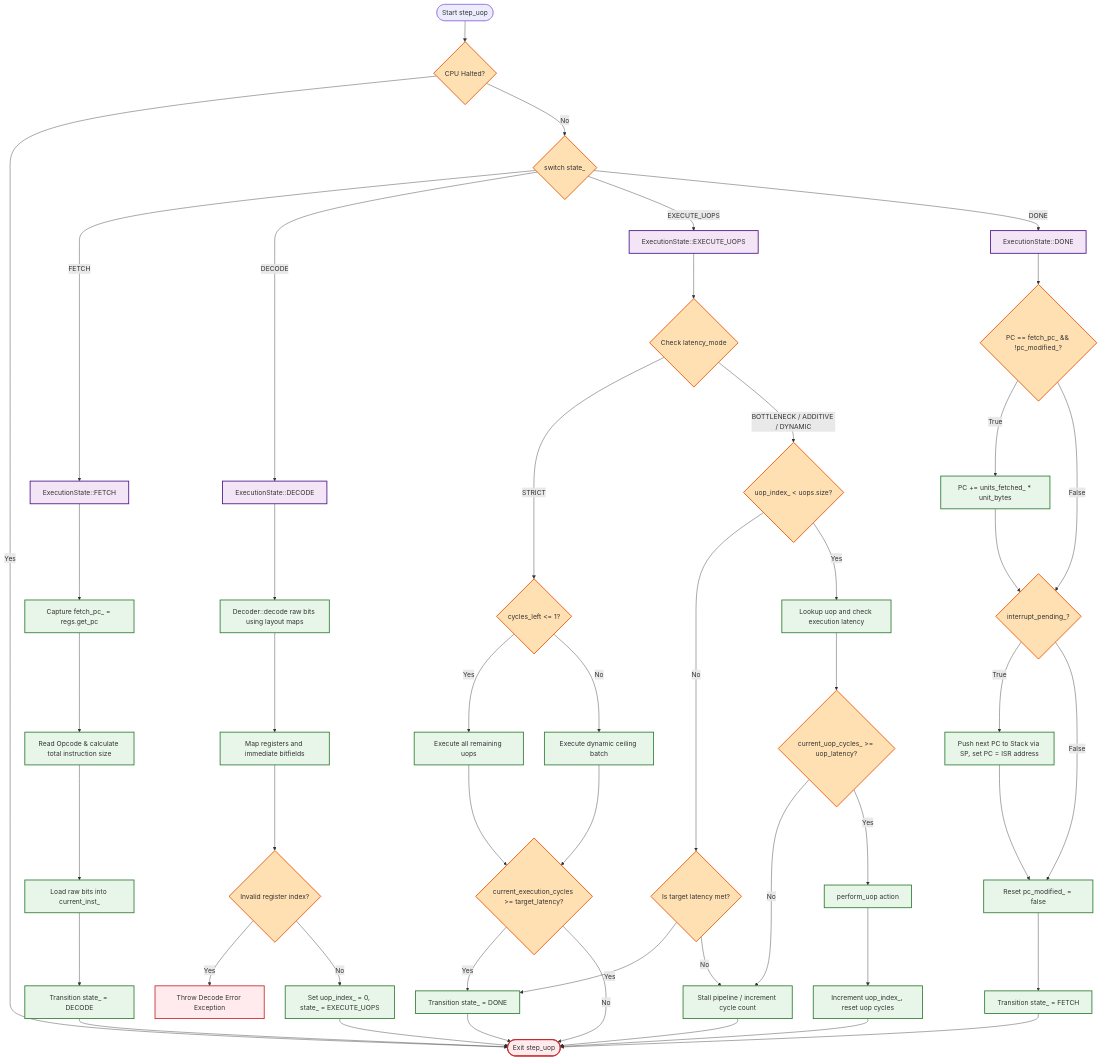
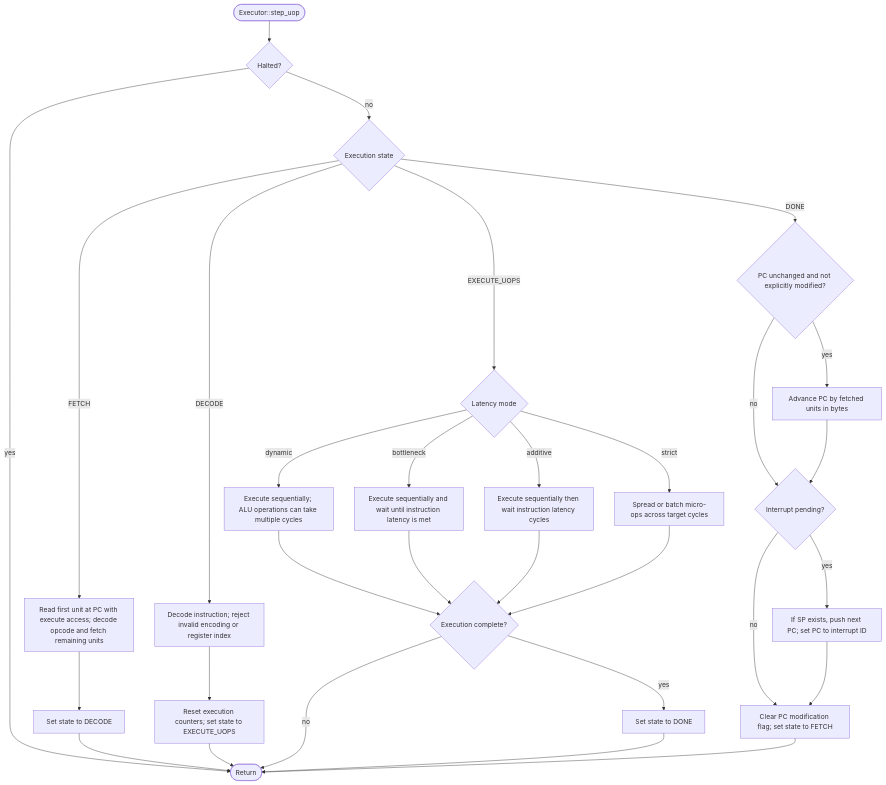
Before and after one commit to JohnieWalkerCZ/cpu_simulator: the diagram in diagrams/executor.mmd, drawn with Mermaid. The commit also changed 5 other files, not shown here.

Commit message:
docs: refresh architecture diagrams and guides

```diff
--- a/diagrams/executor.mmd
+++ b/diagrams/executor.mmd
@@ -1,69 +1,23 @@
 flowchart TD
-    %% Styling
-    classDef state fill:#f3e5f5,stroke:#4a148c,stroke-width:2px;
-    classDef process fill:#e8f5e9,stroke:#2e7d32,stroke-width:2px;
-    classDef decision fill:#ffe0b2,stroke:#e65100,stroke-width:2px;
-    classDef terminal fill:#ffebee,stroke:#c62828,stroke-width:2px;
-
-    %% Entry
-    Start([Start step_uop]) --> HaltedCheck{CPU Halted?}:::decision
-    HaltedCheck -->|Yes| End([Exit step_uop]):::terminal
-    HaltedCheck -->|No| StateSwitch{switch state_}:::decision
-
-    %% FETCH state
-    StateSwitch -->|FETCH| State_FETCH[ExecutionState::FETCH]:::state
-    State_FETCH --> F1[Capture fetch_pc_ = regs.get_pc]:::process
-    F1 --> F2[Read Opcode & calculate total instruction size]:::process
-    F2 --> F3[Load raw bits into current_inst_]:::process
-    F3 --> F4[Transition state_ = DECODE]:::process
-    F4 --> End
-
-    %% DECODE state
-    StateSwitch -->|DECODE| State_DECODE[ExecutionState::DECODE]:::state
-    State_DECODE --> D1[Decoder::decode raw bits using layout maps]:::process
-    D1 --> D2[Map registers and immediate bitfields]:::process
-    D2 --> RegOOB{Invalid register index?}:::decision
-    RegOOB -->|Yes| RaiseError[Throw Decode Error Exception]:::terminal
-    RegOOB -->|No| D3[Set uop_index_ = 0, state_ = EXECUTE_UOPS]:::process
-    D3 --> End
-
-    %% EXECUTE_UOPS state
-    StateSwitch -->|EXECUTE_UOPS| State_EXEC[ExecutionState::EXECUTE_UOPS]:::state
-    State_EXEC --> E_Mode{Check latency_mode}:::decision
-    
-    %% STRICT Path
-    E_Mode -->|STRICT| Strict_Check{cycles_left <= 1?}:::decision
-    Strict_Check -->|Yes| Strict_Batch[Execute all remaining uops]:::process
-    Strict_Check -->|No| Strict_Spread[Execute dynamic ceiling batch]:::process
-    Strict_Batch & Strict_Spread --> Strict_End{current_execution_cycles >= target_latency?}:::decision
-    Strict_End -->|Yes| TransitionDONE[Transition state_ = DONE]:::process
-    Strict_End -->|No| End
-
-    %% BOTTLENECK / ADDITIVE / DYNAMIC Paths
-    E_Mode -->|BOTTLENECK / ADDITIVE / DYNAMIC| E1{uop_index_ < uops.size?}:::decision
-    E1 -->|No| LatencyMet{Is target latency met?}:::decision
-    LatencyMet -->|Yes| TransitionDONE
-    LatencyMet -->|No| Stall[Stall pipeline / increment cycle count]:::process
-
-    E1 -->|Yes| E2[Lookup uop and check execution latency]:::process
-    E2 --> LatencyCheck{current_uop_cycles_ >= uop_latency?}:::decision
-    LatencyCheck -->|No| Stall
-    LatencyCheck -->|Yes| E3[perform_uop action]:::process
-    E3 --> E4[Increment uop_index_, reset uop cycles]:::process
-    E4 --> End
-    Stall --> End
-    TransitionDONE --> End
-
-    %% DONE state
-    StateSwitch -->|DONE| State_DONE[ExecutionState::DONE]:::state
-    State_DONE --> PC_Check{PC == fetch_pc_ && !pc_modified_?}:::decision
-    PC_Check -->|True| IncPC[PC += units_fetched_ * unit_bytes]:::process
-    PC_Check -->|False| IntrCheck{interrupt_pending_?}:::decision
-    IncPC --> IntrCheck
-
-    IntrCheck -->|True| SaveContext[Push next PC to Stack via SP, set PC = ISR address]:::process
-    IntrCheck -->|False| ResetFlags[Reset pc_modified_ = false]:::process
-    SaveContext --> ResetFlags
-
-    ResetFlags --> TransitionFETCH[Transition state_ = FETCH]:::process
-    TransitionFETCH --> End
+    Start([Executor::step_uop]) --> Halt{Halted?}
+    Halt -->|yes| End([Return])
+    Halt -->|no| State{Execution state}
+    State -->|FETCH| Fetch[Read first unit at PC with execute access; decode opcode and fetch remaining units]
+    Fetch --> DecodeNext[Set state to DECODE] --> End
+    State -->|DECODE| Decode[Decode instruction; reject invalid encoding or register index]
+    Decode --> ExecuteNext[Reset execution counters; set state to EXECUTE_UOPS] --> End
+    State -->|EXECUTE_UOPS| Mode{Latency mode}
+    Mode -->|dynamic| Dynamic[Execute sequentially; ALU operations can take multiple cycles]
+    Mode -->|bottleneck| Bottleneck[Execute sequentially and wait until instruction latency is met]
+    Mode -->|additive| Additive[Execute sequentially then wait instruction latency cycles]
+    Mode -->|strict| Strict[Spread or batch micro-ops across target cycles]
+    Dynamic & Bottleneck & Additive & Strict --> Finished{Execution complete?}
+    Finished -->|no| End
+    Finished -->|yes| DoneNext[Set state to DONE] --> End
+    State -->|DONE| PC{PC unchanged and not explicitly modified?}
+    PC -->|yes| Advance[Advance PC by fetched units in bytes]
+    PC -->|no| Interrupt
+    Advance --> Interrupt{Interrupt pending?}
+    Interrupt -->|yes| Save[If SP exists, push next PC; set PC to interrupt ID]
+    Interrupt -->|no| Reset
+    Save --> Reset[Clear PC modification flag; set state to FETCH] --> End
```
